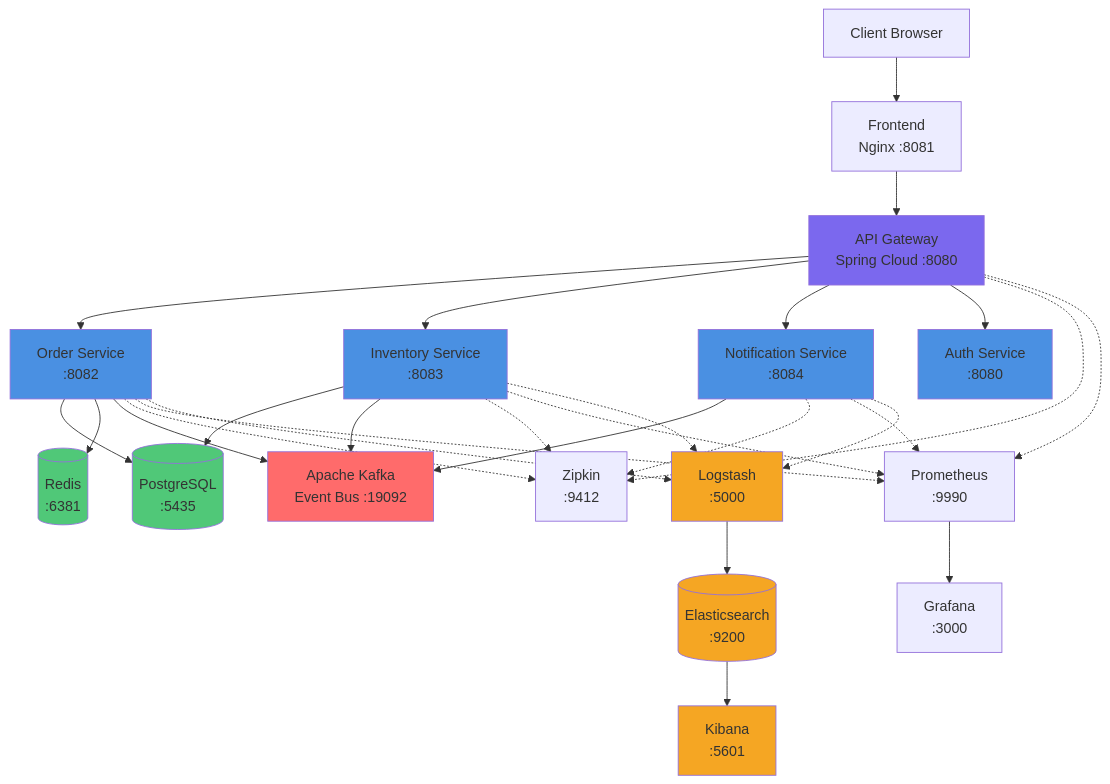
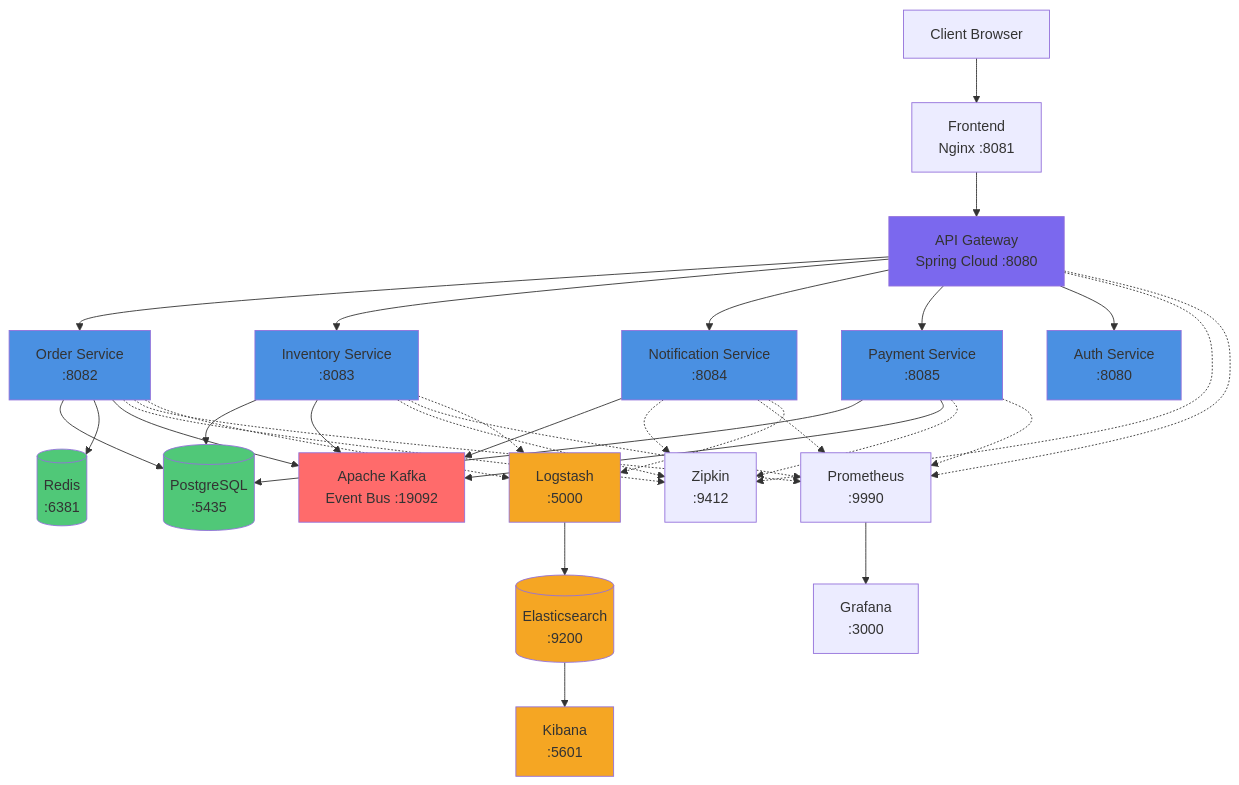
One commit to iam-ssrivastav/order-management-system changed the diagram in README.md. Above: the diagram before and after it, drawn with Mermaid. The commit also changed other lines of this file and 18 other files, not shown here.

Commit message:
feat: add payment service with mock processing and saga pattern

````diff
--- a/README.md
+++ b/README.md
@@ -25,72 +25,80 @@
 ```mermaid
 graph TB
     Client[Client Browser]
     Frontend[Frontend<br/>Nginx :8081]
     Gateway[API Gateway<br/>Spring Cloud :8080]
     
     Order[Order Service<br/>:8082]
     Inventory[Inventory Service<br/>:8083]
     Notification[Notification Service<br/>:8084]
+    Payment[Payment Service<br/>:8085]
     Auth[Auth Service<br/>:8080]
     
     Kafka[Apache Kafka<br/>Event Bus :19092]
     
     DB[(PostgreSQL<br/>:5435)]
     Cache[(Redis<br/>:6381)]
     Trace[Zipkin<br/>:9412]
     Metrics[Prometheus<br/>:9990]
     Dash[Grafana<br/>:3000]
     
     %% ELK Stack
     Logstash[Logstash<br/>:5000]
     ES[(Elasticsearch<br/>:9200)]
     Kibana[Kibana<br/>:5601]
     
     Client --> Frontend
     Frontend --> Gateway
     Gateway --> Order
     Gateway --> Inventory
     Gateway --> Notification
+    Gateway --> Payment
     Gateway --> Auth
     
     Order --> DB
     Order --> Cache
     Order --> Kafka
+    
+    Payment --> DB
+    Payment --> Kafka
     
     Inventory --> DB
     Inventory --> Kafka
     
     Notification --> Kafka
     
     %% Observability Connections
     Order -.-> Trace
     Inventory -.-> Trace
     Notification -.-> Trace
+    Payment -.-> Trace
     Gateway -.-> Trace
     
     Order -.-> Metrics
     Inventory -.-> Metrics
     Notification -.-> Metrics
+    Payment -.-> Metrics
     Gateway -.-> Metrics
     
     Metrics --> Dash
     
     %% Logging Connections
     Order -.-> Logstash
     Inventory -.-> Logstash
     Notification -.-> Logstash
     Logstash --> ES
     ES --> Kibana
     
     style Order fill:#4A90E2
     style Inventory fill:#4A90E2
     style Notification fill:#4A90E2
+    style Payment fill:#4A90E2
     style Auth fill:#4A90E2
     style Gateway fill:#7B68EE
     style Kafka fill:#FF6B6B
     style DB fill:#50C878
     style Cache fill:#50C878
     style Logstash fill:#F5A623
     style ES fill:#F5A623
     style Kibana fill:#F5A623
 ```
````
